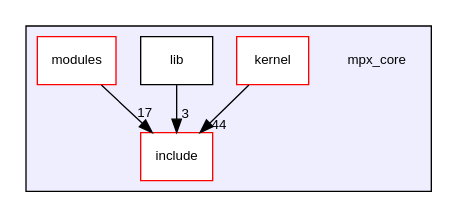
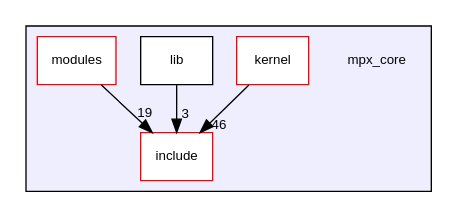
The diagram in dir_c7d74c6d2b184af75c765a147f90e5a0_dep.dot (mpgramlich/mpgramlich.github.io), drawn with Graphviz before and after one commit. The commit also changed 259 other files, not shown here.

```diff
--- a/dir_c7d74c6d2b184af75c765a147f90e5a0_dep.dot
+++ b/dir_c7d74c6d2b184af75c765a147f90e5a0_dep.dot
@@ -1,16 +1,16 @@
 digraph "/home/loudish/modustus-cs450/mpx-spring2017-modestus/mpx_core" {
   compound=true
   node [ fontsize="10", fontname="Helvetica"];
   edge [ labelfontsize="10", labelfontname="Helvetica"];
   subgraph clusterdir_c7d74c6d2b184af75c765a147f90e5a0 {
     graph [ bgcolor="#eeeeff", pencolor="black", label="" URL="dir_c7d74c6d2b184af75c765a147f90e5a0.html"];
     dir_c7d74c6d2b184af75c765a147f90e5a0 [shape=plaintext label="mpx_core"];
     dir_2b2cfc5bbf2f7ab54aab1325e138d170 [shape=box label="include" color="red" fillcolor="white" style="filled" URL="dir_2b2cfc5bbf2f7ab54aab1325e138d170.html"];
     dir_4f9ae5e26222695c680b311488e00d67 [shape=box label="kernel" color="red" fillcolor="white" style="filled" URL="dir_4f9ae5e26222695c680b311488e00d67.html"];
     dir_85050832ce5e39fbdac1710c24253896 [shape=box label="lib" color="black" fillcolor="white" style="filled" URL="dir_85050832ce5e39fbdac1710c24253896.html"];
     dir_a6b7560d91d85e776e1ad77161c04894 [shape=box label="modules" color="red" fillcolor="white" style="filled" URL="dir_a6b7560d91d85e776e1ad77161c04894.html"];
   }
-  dir_4f9ae5e26222695c680b311488e00d67->dir_2b2cfc5bbf2f7ab54aab1325e138d170 [headlabel="44", labeldistance=1.5 headhref="dir_000004_000001.html"];
+  dir_4f9ae5e26222695c680b311488e00d67->dir_2b2cfc5bbf2f7ab54aab1325e138d170 [headlabel="46", labeldistance=1.5 headhref="dir_000004_000001.html"];
   dir_85050832ce5e39fbdac1710c24253896->dir_2b2cfc5bbf2f7ab54aab1325e138d170 [headlabel="3", labeldistance=1.5 headhref="dir_000007_000001.html"];
-  dir_a6b7560d91d85e776e1ad77161c04894->dir_2b2cfc5bbf2f7ab54aab1325e138d170 [headlabel="17", labeldistance=1.5 headhref="dir_000008_000001.html"];
+  dir_a6b7560d91d85e776e1ad77161c04894->dir_2b2cfc5bbf2f7ab54aab1325e138d170 [headlabel="19", labeldistance=1.5 headhref="dir_000008_000001.html"];
 }
```
